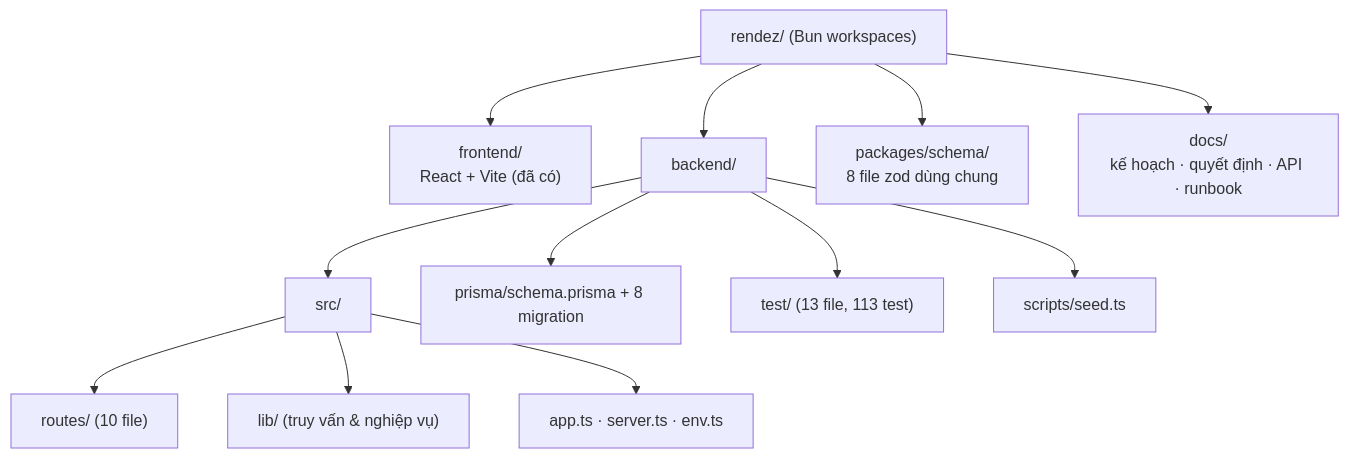
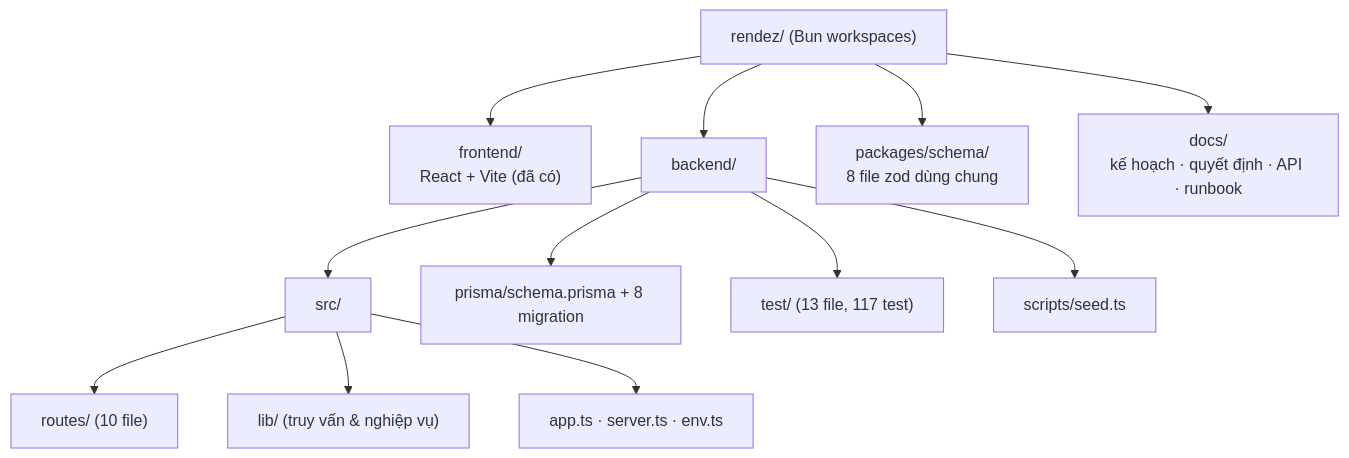
The sixth of 14 diagrams in docs/bao-cao/BAO-CAO-DO-AN.md (longqt321/Rendez-PBL6), drawn with Mermaid before and after one commit. The commit also changed other lines of this file and 4 other files, not shown here.

````diff
--- a/docs/bao-cao/BAO-CAO-DO-AN.md
+++ b/docs/bao-cao/BAO-CAO-DO-AN.md
@@ -439,15 +439,15 @@
 ```mermaid
 flowchart TB
   Root["rendez/ (Bun workspaces)"]
   Root --> FE["frontend/<br/>React + Vite (đã có)"]
   Root --> BE["backend/"]
   Root --> PKG["packages/schema/<br/>8 file zod dùng chung"]
   Root --> DOC["docs/<br/>kế hoạch · quyết định · API · runbook"]
   BE --> SRC["src/"]
   SRC --> R["routes/ (10 file)"]
   SRC --> L["lib/ (truy vấn & nghiệp vụ)"]
   SRC --> I["app.ts · server.ts · env.ts"]
   BE --> PR["prisma/schema.prisma + 8 migration"]
-  BE --> T["test/ (13 file, 113 test)"]
+  BE --> T["test/ (13 file, 117 test)"]
   BE --> SC["scripts/seed.ts"]
 ```
````
